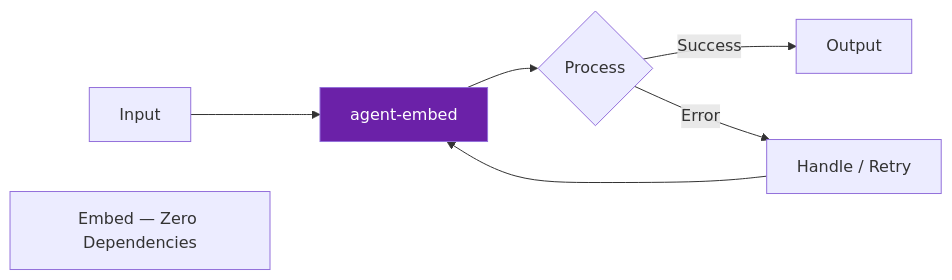
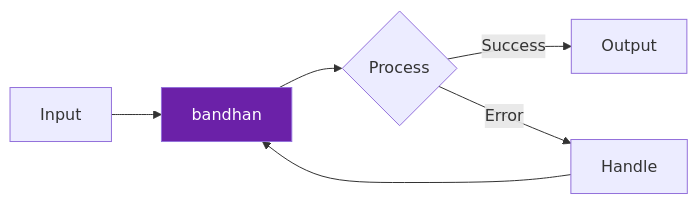
One commit to darshjme/agent-embed changed the diagram in README.md. Above: the diagram before and after it, drawn with Mermaid. The commit also changed other lines of this file and 1 other file, not shown here.

First line of the commit message:
feat(vedic-v3): rename to bandhan (बंधन)

````diff
--- a/README.md
+++ b/README.md
@@ -48,10 +39,9 @@
 ```mermaid
 flowchart LR
-    A[Input] --> B[agent-embed]
+    A[Input] --> B[bandhan]
     B --> C{Process}
     C -- Success --> D[Output]
-    C -- Error --> E[Handle / Retry]
+    C -- Error --> E[Handle]
     E --> B
     style B fill:#6b21a8,color:#fff
-    note["Embed — Zero Dependencies"]
 ```
````
